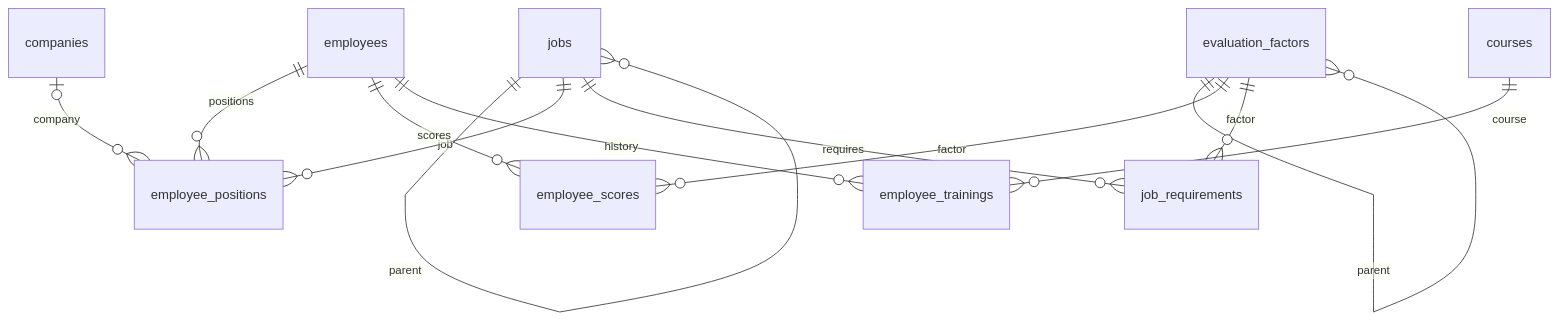
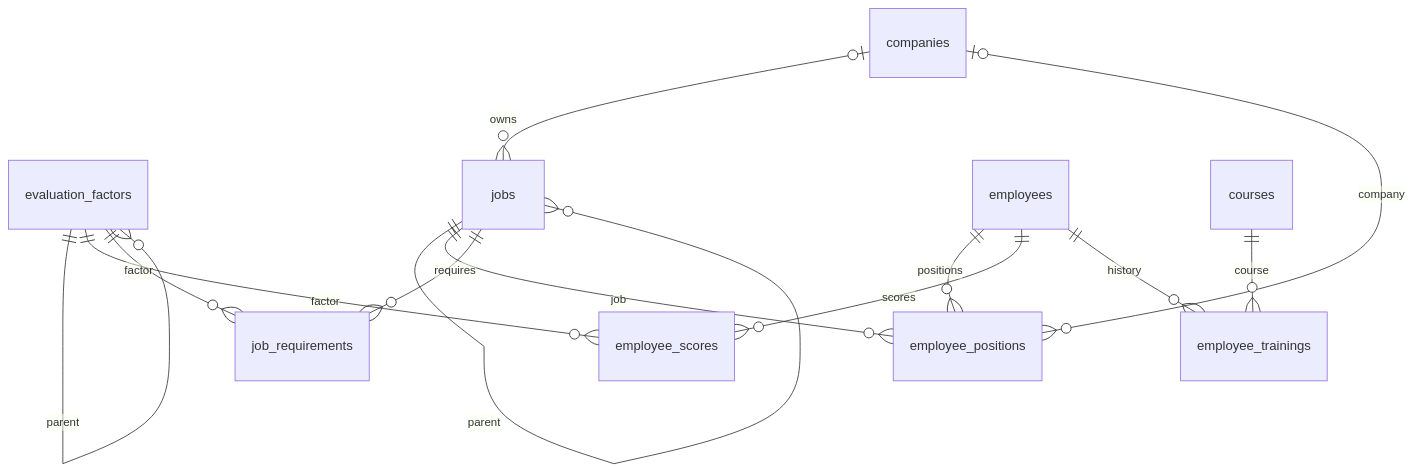
The diagram in README.md (abbas-hosseini/CatalogService), drawn with Mermaid before and after one commit. The commit also changed other lines of this file and 20 other files, not shown here.

````diff
--- a/README.md
+++ b/README.md
@@ -95,14 +140,15 @@
 ```mermaid
 erDiagram
   evaluation_factors ||--o{ evaluation_factors : parent
   jobs ||--o{ jobs : parent
+  companies o|--o{ jobs : owns
   jobs ||--o{ employee_positions : job
   companies o|--o{ employee_positions : company
   employees ||--o{ employee_positions : positions
   employees ||--o{ employee_scores : scores
   evaluation_factors ||--o{ employee_scores : factor
   jobs ||--o{ job_requirements : requires
   evaluation_factors ||--o{ job_requirements : factor
   employees ||--o{ employee_trainings : history
   courses ||--o{ employee_trainings : course
 ```
````
